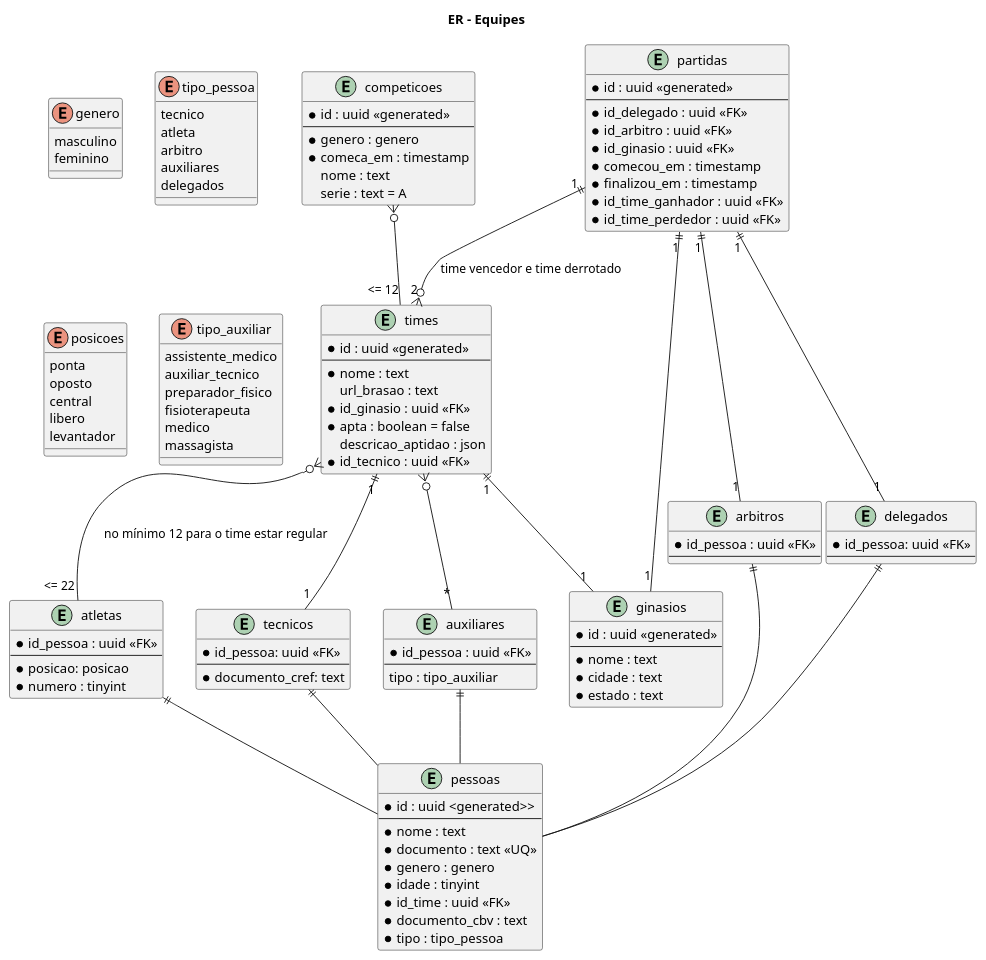
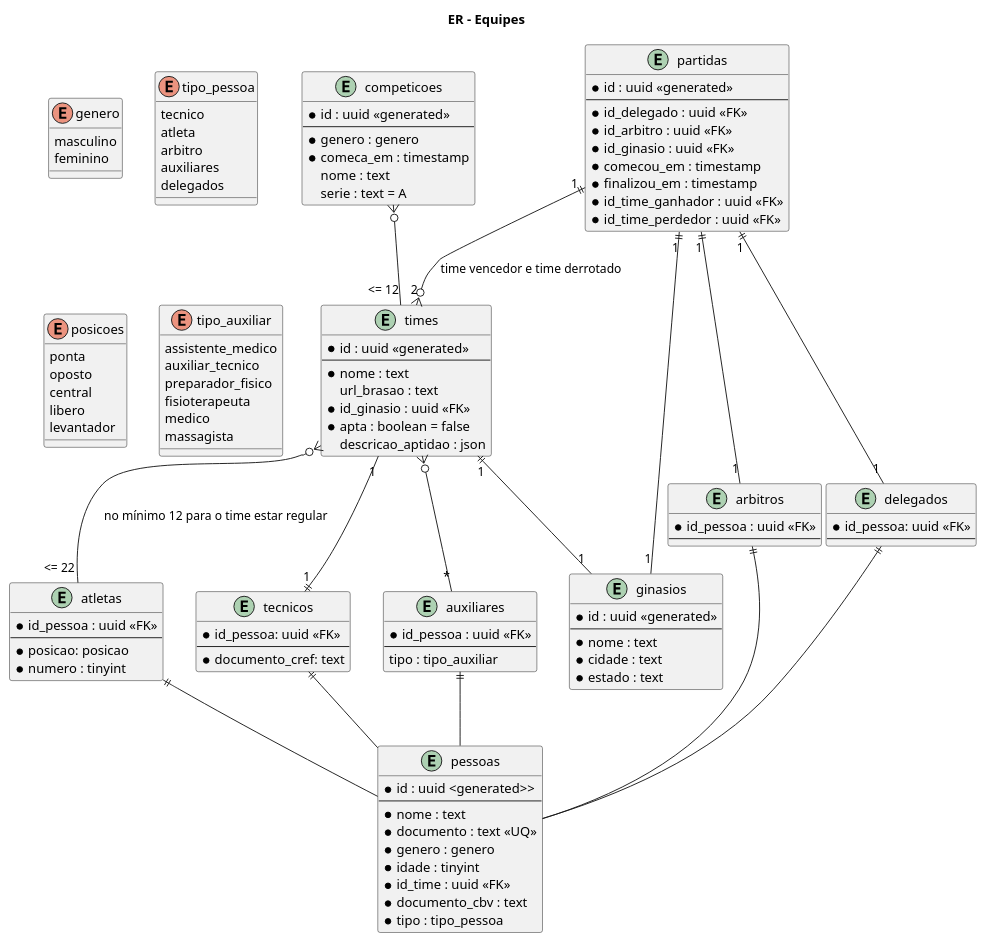
Before and after one commit to josecleiton/volleyball-api: the diagram in docs/equipes.puml, drawn with PlantUML. The commit also changed 1 other file, not shown here.

Commit message:
docs: atualiza er

```diff
--- a/docs/equipes.puml
+++ b/docs/equipes.puml
@@ -1,133 +1,132 @@
 @startuml er
 title ER - Equipes
 
 enum genero{
 	masculino
 	feminino
 }
 
 entity competicoes {
 	* id : uuid <<generated>>
 	--
 	* genero : genero
 	* comeca_em : timestamp
 	nome : text
 	serie : text = A
 }
 
 entity times {
 	* id : uuid <<generated>>
 	--
 	* nome : text
 	url_brasao : text
 	* id_ginasio : uuid <<FK>>  
 	* apta : boolean = false
 	descricao_aptidao : json
-	* id_tecnico : uuid <<FK>>
 	'min 12 per tournament'
 	'max 22 per tounament'
 }
 
 entity ginasios {
 	* id : uuid <<generated>>
 	--
 	* nome : text
 	* cidade : text
 	* estado : text
 }
 
 enum tipo_pessoa {
 	tecnico 
 	atleta
 	arbitro
 	auxiliares
 	delegados
 }
 
 entity pessoas {
 	* id : uuid <generated>>
 	--
 	* nome : text
 	* documento : text <<UQ>>
 	* genero : genero
 	* idade : tinyint
 	* id_time : uuid <<FK>>
 	* documento_cbv : text
 	* tipo : tipo_pessoa
 }
 
 enum posicoes {
 	ponta
 	oposto
 	central
 	libero
 	levantador
 }
 
 entity atletas{
 	* id_pessoa : uuid <<FK>>
 	--
 	* posicao: posicao
 	* numero : tinyint
 }
 
 entity tecnicos{
 	* id_pessoa: uuid <<FK>>
 	--
 	* documento_cref: text
 }
 
 entity arbitros {
 	* id_pessoa : uuid <<FK>>
 	--
 }
 
 enum tipo_auxiliar {
 	assistente_medico
 	auxiliar_tecnico
 	preparador_fisico
 	fisioterapeuta
 	medico
 	massagista
 }
 
 entity auxiliares {
 	* id_pessoa : uuid <<FK>>
 	--
 	tipo : tipo_auxiliar
 }
 
 entity delegados {
 	* id_pessoa: uuid <<FK>>
 	--
 }
 
 entity partidas {
 	* id : uuid <<generated>>
 	--
 	* id_delegado : uuid <<FK>>
 	* id_arbitro : uuid <<FK>>
 	* id_ginasio : uuid <<FK>>
 	* comecou_em : timestamp
 	* finalizou_em : timestamp
 	* id_time_ganhador : uuid <<FK>>
 	* id_time_perdedor : uuid <<FK>>
 }
 
 competicoes }o-- "<= 12" times
 times }o-- "<= 22" atletas : no mínimo 12 para o time estar regular
-times "1" ||-- "1" tecnicos
+times "1" --|| "1" tecnicos
 times }o-- "*" auxiliares
 times "1" ||-- "1" ginasios
 partidas "1" ||-- "1" arbitros
 partidas "1" ||-- "1" delegados
 partidas "1" ||-- "1" ginasios
 partidas "1" ||--o{ "2" times : time vencedor e time derrotado
 
 atletas ||-- pessoas
 tecnicos ||-- pessoas
 auxiliares ||-- pessoas
 arbitros ||-- pessoas
 delegados ||-- pessoas
 
 @enduml
```
